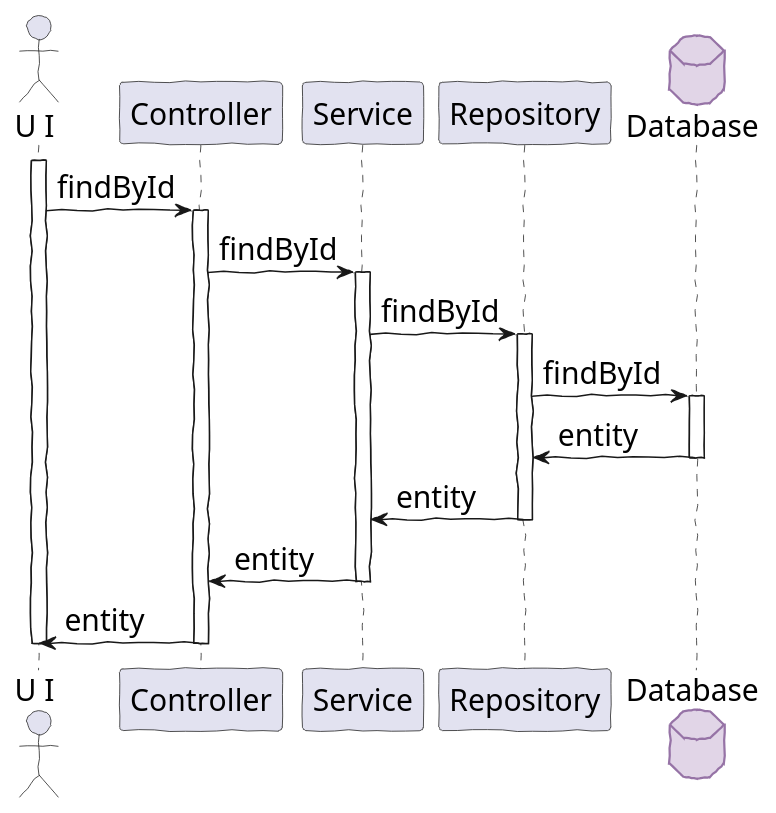
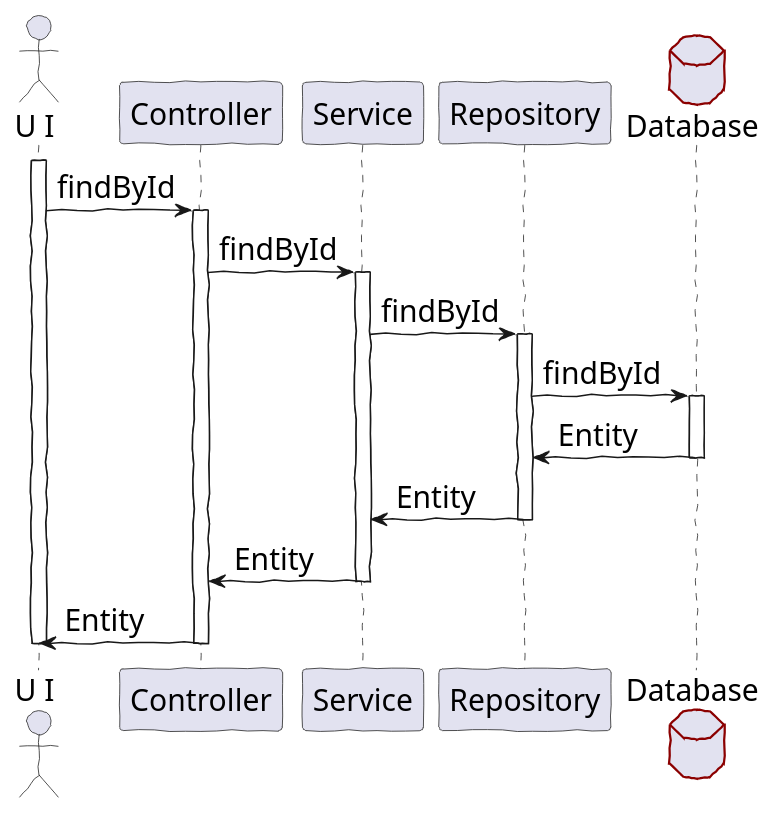
One commit to PacktPublishing/Domain-Driven-Design-with-Java-A-Practitioner-s-Guide changed the first of 2 diagrams in book/src/docs/asciidoc/03-does-ddd-fit.adoc. Above: the diagram before and after it, drawn with PlantUML. The commit also changed other lines of this file and 2 other files, not shown here.

```diff
--- a/book/src/docs/asciidoc/03-does-ddd-fit.adoc
+++ b/book/src/docs/asciidoc/03-does-ddd-fit.adoc
@@ -39,50 +40,49 @@
 [plantuml,layer-cake-anti-pattern]
 ....
 skinparam backgroundColor #EEEBDC
 skinparam handwritten true
 
 @startuml
 skinparam handwritten true
 skinparam sequence {
   ActorFontName "Gloria Hallelujah"
   ActorFontSize 20
 
   ArrowFontName "Gloria Hallelujah"
   ArrowFontSize 20
 }
 skinparam DatabaseFontName "Gloria Hallelujah"
 skinparam DatabaseFontSize 20
-skinparam DatabaseBackgroundColor #E1D5E7
-skinparam DatabaseBorderColor #9673A6
+skinparam DatabaseBorderColor darkred
 
 skinparam Participant {
   FontName "Gloria Hallelujah"
   FontSize 20
 }
 actor "U I" as ui
 participant Controller as c
 participant Service as s
 participant Repository as r
 database Database as data
 
 
 activate ui
 ui -> c: findById
 activate c
 c -> s: findById
 activate s
 s -> r: findById
 activate r
 r -> data: findById
 activate data
-data -> r: entity
+data -> r: Entity
 deactivate data
-r -> s: entity
+r -> s: Entity
 deactivate r
-s -> c: entity
+s -> c: Entity
 deactivate s
-c -> ui: entity
+c -> ui: Entity
 deactivate c
 deactivate ui
 @enduml
 ....
```
